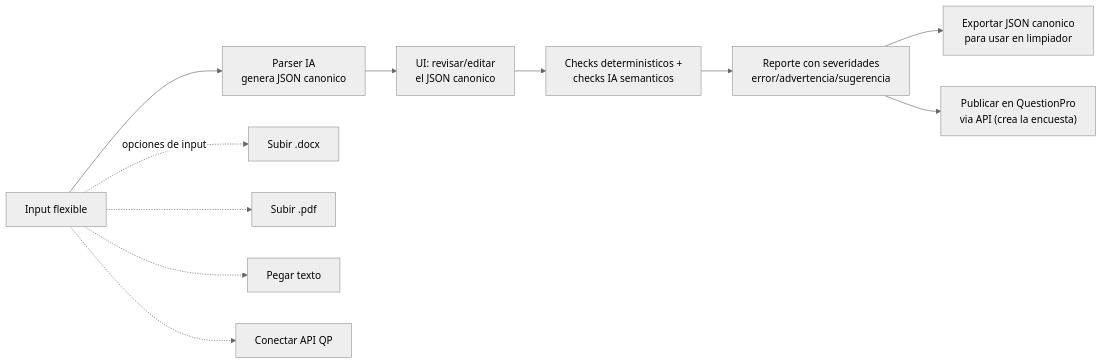
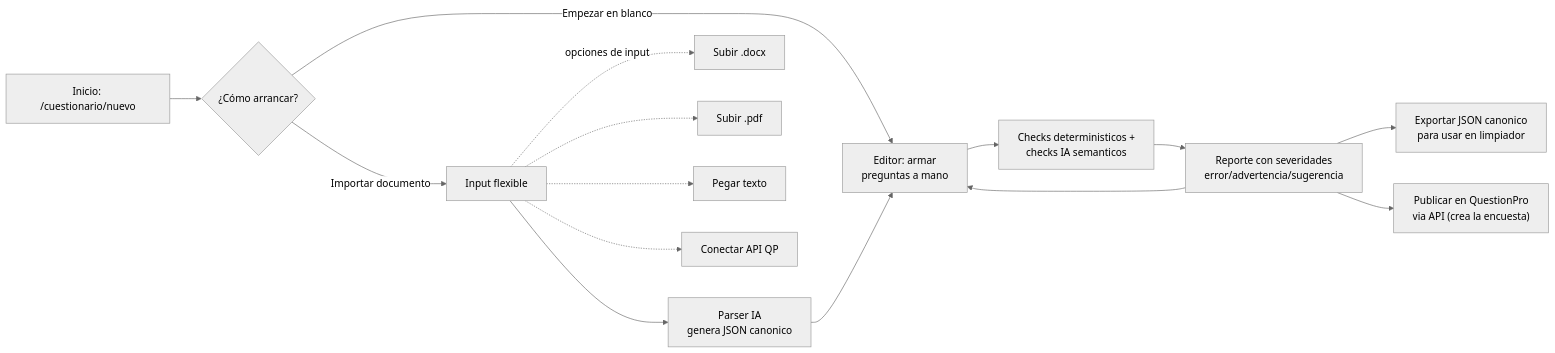
Before and after one commit to ffacundoSuarez/mega-app-updater: the diagram in docs/cuestionario-validator-plan.md, drawn with Mermaid (neutral theme). The commit also changed other lines of this file and 30 other files, not shown here.

````diff
--- a/docs/cuestionario-validator-plan.md
+++ b/docs/cuestionario-validator-plan.md
@@ -27,13 +27,17 @@
 ```mermaid
 flowchart LR
-    Input["Input flexible"] --> Parser["Parser IA<br/>genera JSON canonico"]
-    Parser --> Edit["UI: revisar/editar<br/>el JSON canonico"]
+    Start["Inicio: /cuestionario/nuevo"] --> Choice{"¿Cómo arrancar?"}
+    Choice -->|Empezar en blanco| Edit["Editor: armar<br/>preguntas a mano"]
+    Choice -->|Importar documento| Input["Input flexible"]
+    Input --> Parser["Parser IA<br/>genera JSON canonico"]
+    Parser --> Edit
     Edit --> Checks["Checks deterministicos +<br/>checks IA semanticos"]
     Checks --> Report["Reporte con severidades<br/>error/advertencia/sugerencia"]
+    Report --> Edit
     Report --> Export["Exportar JSON canonico<br/>para usar en limpiador"]
     Report --> Publish["Publicar en QuestionPro<br/>via API (crea la encuesta)"]
     Input -.->|opciones de input| I1["Subir .docx"]
     Input -.-> I2["Subir .pdf"]
     Input -.-> I3["Pegar texto"]
     Input -.-> I4["Conectar API QP"]
 ```
````
